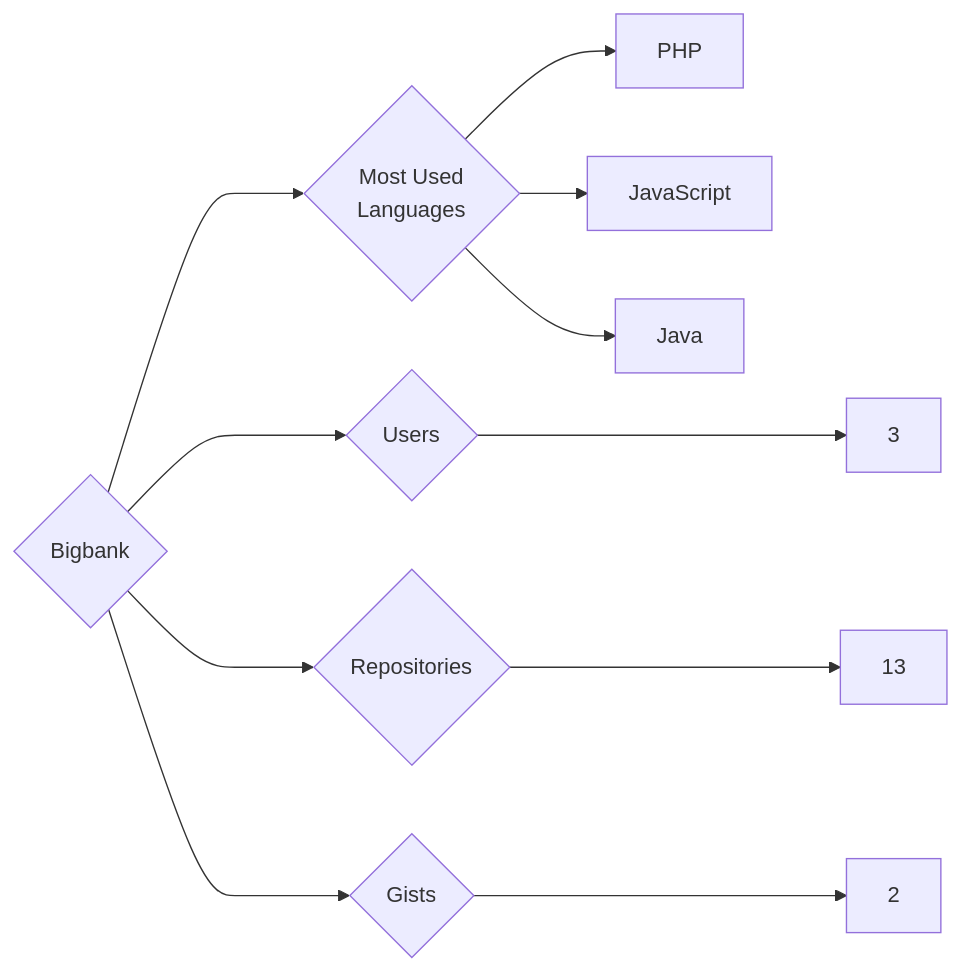
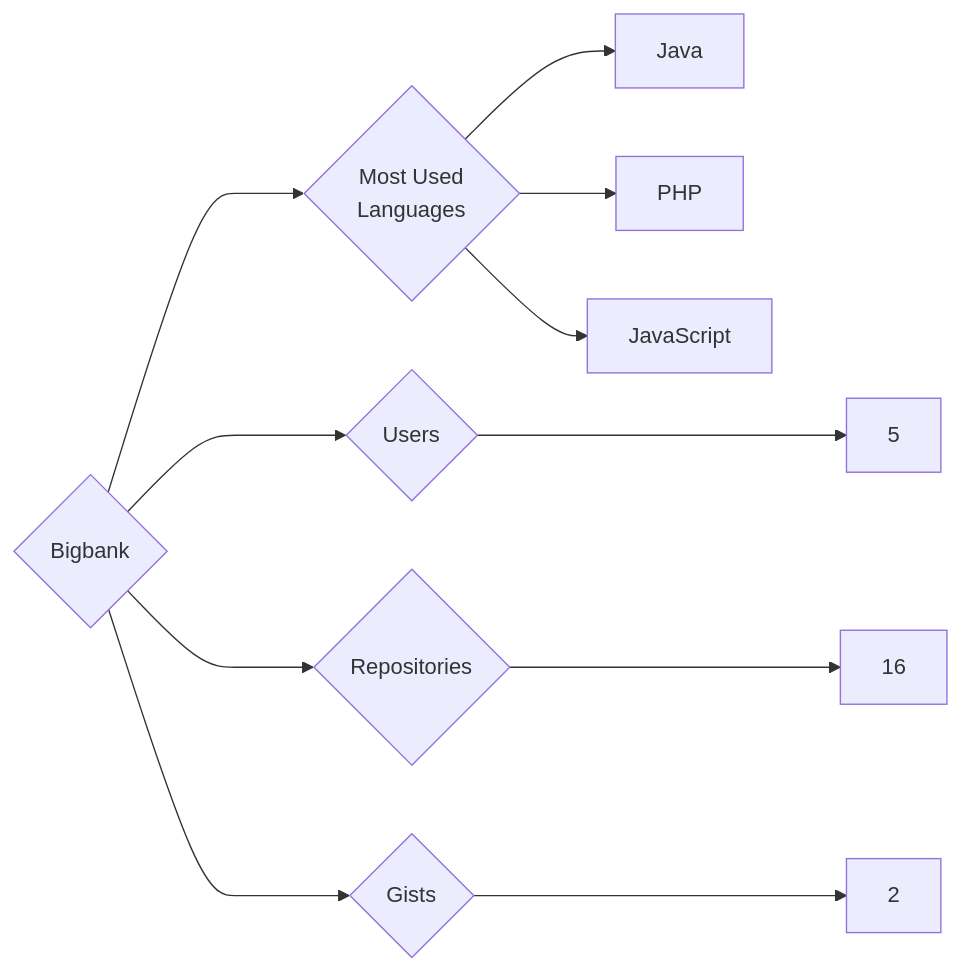
The diagram in targets/Bigbank/README.md (trickest/insiders), drawn with Mermaid before and after one commit. The commit also changed 938 other files, not shown here.

````diff
--- a/targets/Bigbank/README.md
+++ b/targets/Bigbank/README.md
@@ -3,11 +3,11 @@
 ```mermaid
 graph LR
 COMPANY_NAME{Bigbank}
-COMPANY_NAME ---> U{Users} ---> UN[3]
-COMPANY_NAME ---> R{Repositories} ---> RN[13]
+COMPANY_NAME ---> U{Users} ---> UN[5]
+COMPANY_NAME ---> R{Repositories} ---> RN[16]
 COMPANY_NAME ---> G{Gists} ---> GN[2]
 COMPANY_NAME ---> ML{Most Used<br>Languages}
+ML --> Java[Java]
 ML --> PHP[PHP]
 ML --> JavaScript[JavaScript]
-ML --> Java[Java]
 ```
````
